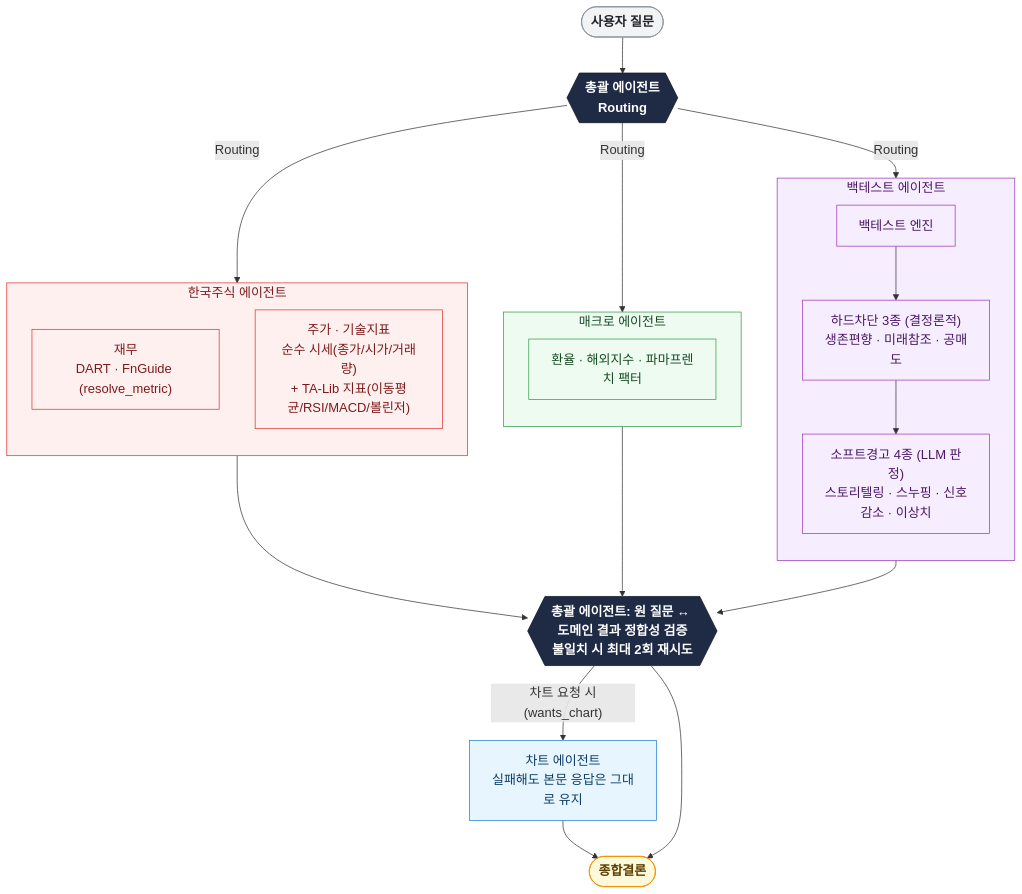
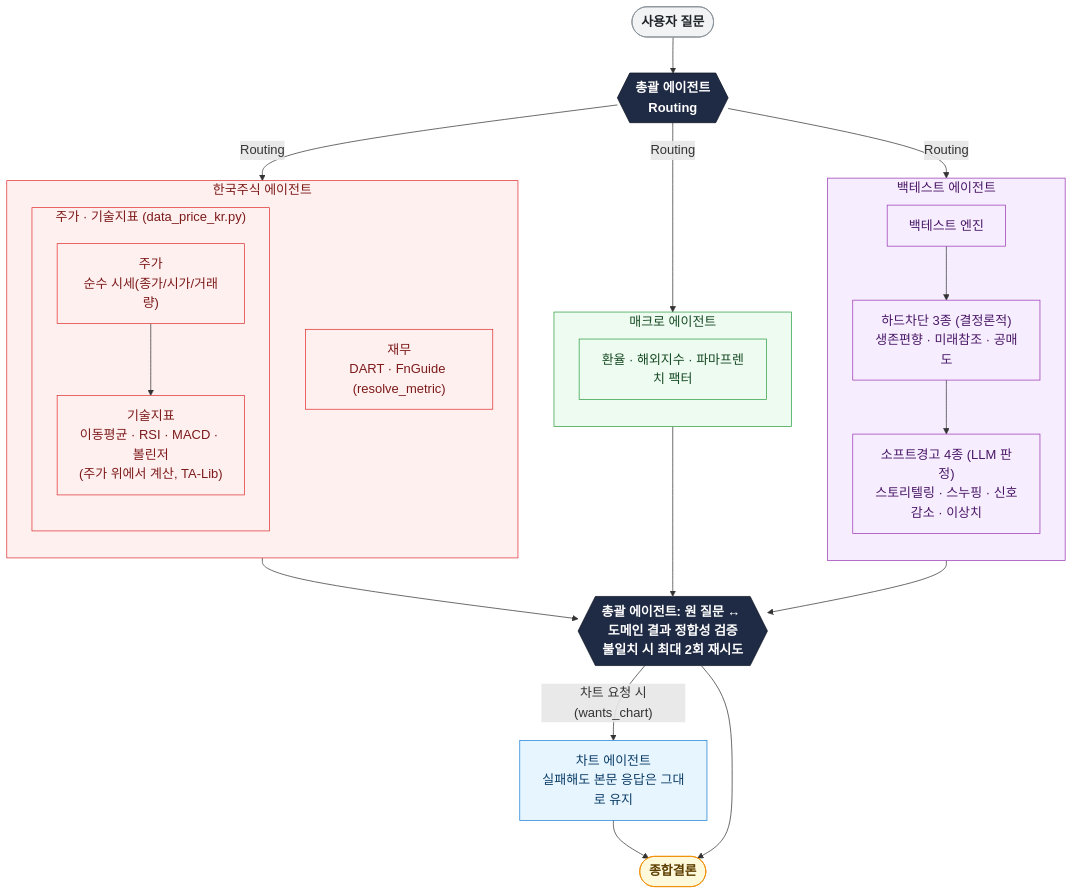
The diagram in README.md (sonjong980304-tech/quant-assistant), drawn with Mermaid before and after one commit. The commit also changed other lines of this file, not shown here.

Commit message:
docs: 아키텍처 다이어그램의 주가·기술지표 관계를 정확하게 표현 classify_intent가 재무/주가/기술지표를 독립적인 3개 축으로 판단하지만, 기술지표는 주가 데이터 없이는 계산할 수 없는 파생값이라 재무처럼 완전히 별개인 데이터 소스가 아니다. 다이어그램에서 "주가·기술지표"를 한 박스로 뭉뚱그려 이 관계가 안 보이던 것을, data_price_kr.py 하위 서브그래프 안에 "주가 → 기술지표" 화살표로 종속관계를 명시하고, 설명 문장도 같은 내용으로 정정했다.

````diff
--- a/README.md
+++ b/README.md
@@ -40,61 +42,66 @@
 ```mermaid
 %%{init: {'themeVariables': {'fontSize': '18px'}}}%%
 flowchart TB
     Q(["사용자 질문"])
     SUP{{"총괄 에이전트<br/>Routing"}}
 
     Q --> SUP
 
     subgraph KR_BOX["한국주식 에이전트"]
         direction TB
         KR_FIN["재무<br/>DART · FnGuide (resolve_metric)"]
-        KR_PRICE["주가 · 기술지표<br/>순수 시세(종가/시가/거래량)<br/>+ TA-Lib 지표(이동평균/RSI/MACD/볼린저)"]
+        subgraph KR_PRICE_BOX["주가 · 기술지표 (data_price_kr.py)"]
+            direction TB
+            KR_PRICE["주가<br/>순수 시세(종가/시가/거래량)"]
+            KR_TECH["기술지표<br/>이동평균 · RSI · MACD · 볼린저<br/>(주가 위에서 계산, TA-Lib)"]
+            KR_PRICE --> KR_TECH
+        end
     end
 
     subgraph MACRO_BOX["매크로 에이전트"]
         direction TB
         MACRO_DATA["환율 · 해외지수 · 파마프렌치 팩터"]
     end
 
     subgraph BT_BOX["백테스트 에이전트"]
         direction TB
         BT_PIPE["백테스트 엔진"]
         BT_HARD["하드차단 3종 (결정론적)<br/>생존편향 · 미래참조 · 공매도"]
         BT_SOFT["소프트경고 4종 (LLM 판정)<br/>스토리텔링 · 스누핑 · 신호감소 · 이상치"]
         BT_PIPE --> BT_HARD --> BT_SOFT
     end
 
     SUP -->|Routing| KR_BOX
     SUP -->|Routing| MACRO_BOX
     SUP -->|Routing| BT_BOX
 
     KR_BOX --> VERIFY
     MACRO_BOX --> VERIFY
     BT_BOX --> VERIFY
 
     VERIFY{{"총괄 에이전트: 원 질문 ↔ 도메인 결과 정합성 검증<br/>불일치 시 최대 2회 재시도"}}
 
     CHART["차트 에이전트<br/>실패해도 본문 응답은 그대로 유지"]
 
     VERIFY -->|"차트 요청 시(wants_chart)"| CHART
     CHART --> RESULT
     VERIFY --> RESULT
 
     RESULT(["종합결론"])
 
     classDef q fill:#f1f3f5,stroke:#868e96,color:#212529,font-weight:bold
     classDef sup fill:#1f2a44,stroke:#0d1424,color:#ffffff,font-weight:bold
     classDef result fill:#fff9db,stroke:#f08c00,color:#5c3d00,font-weight:bold
     classDef kr fill:#fff0f0,stroke:#e03131,color:#7d1a1a
     classDef macro fill:#eefbf0,stroke:#2f9e44,color:#164a24
     classDef bt fill:#f6eeff,stroke:#9c36b5,color:#4a1766
     classDef chart fill:#e7f5ff,stroke:#1c7ed6,color:#0b3d66
 
     class Q q
     class SUP,VERIFY sup
     class RESULT result
-    class KR_BOX,KR_FIN,KR_PRICE kr
+    class KR_BOX,KR_FIN,KR_PRICE_BOX,KR_PRICE,KR_TECH kr
     class MACRO_BOX,MACRO_DATA macro
     class BT_BOX,BT_PIPE,BT_HARD,BT_SOFT bt
     class CHART chart
 ```
````
